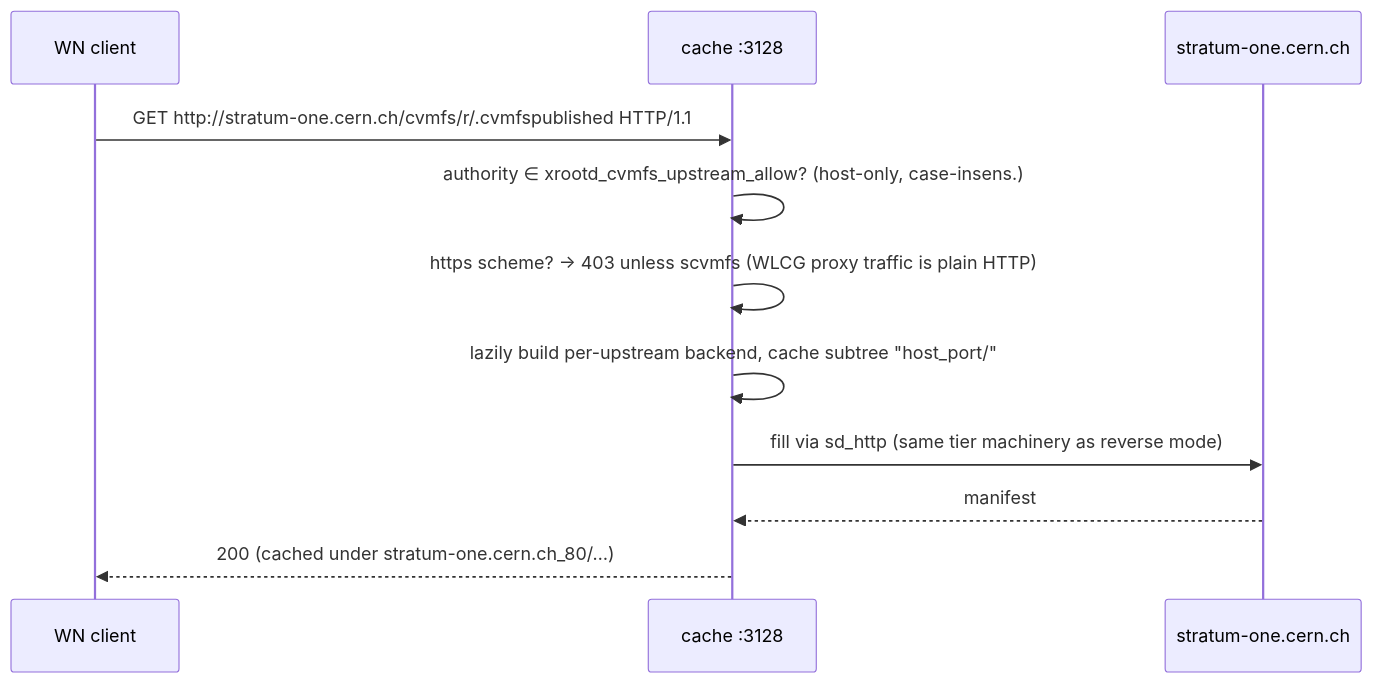
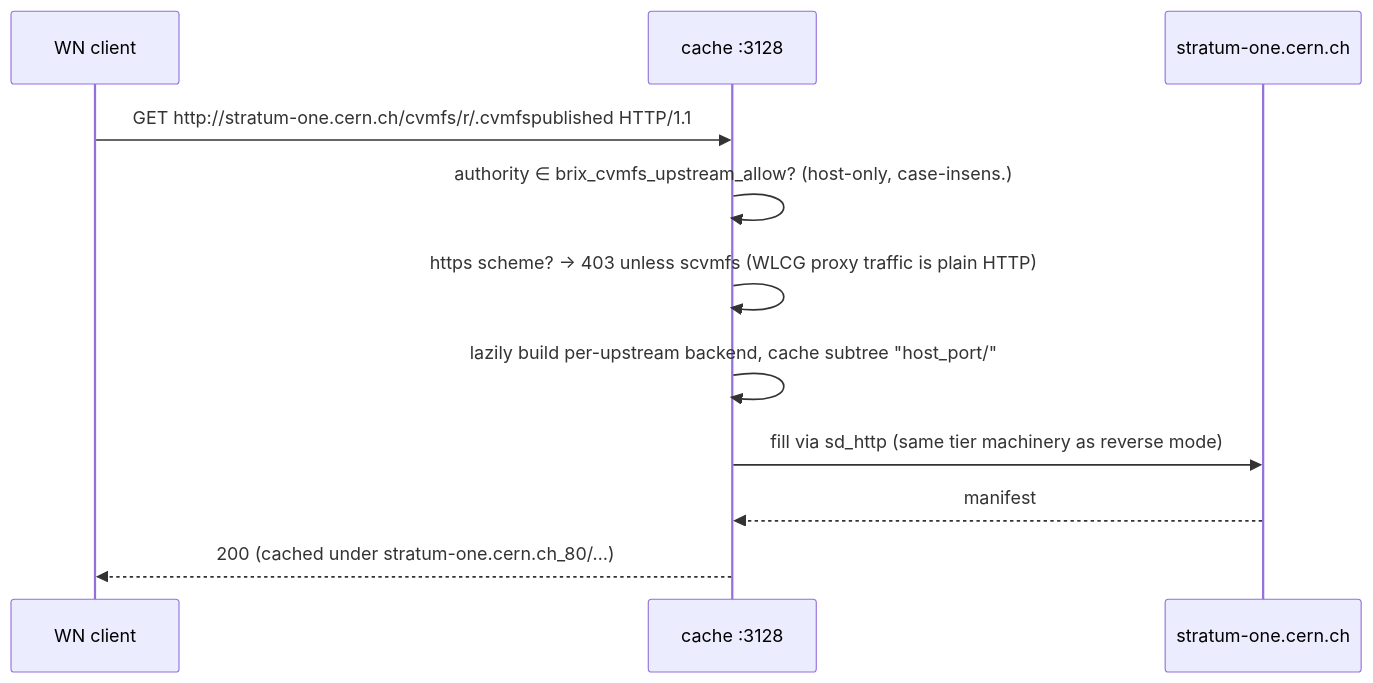
Before and after one commit to rob-c/brix-cache: the third of 3 diagrams in docs/04-protocols/cvmfs.md, drawn with Mermaid. The commit also changed other lines of this file and 175 other files, not shown here.

First line of the commit message:
docs(rebrand): rename own-namespace refs xrootd_->brix_ in living docs + routes /xrootd->/brix

````diff
--- a/docs/04-protocols/cvmfs.md
+++ b/docs/04-protocols/cvmfs.md
@@ -169,14 +169,14 @@
 ```mermaid
 sequenceDiagram
     participant C as WN client
     participant N as cache :3128
     participant S1 as stratum-one.cern.ch
 
     C->>N: GET http://stratum-one.cern.ch/cvmfs/r/.cvmfspublished HTTP/1.1
-    N->>N: authority ∈ xrootd_cvmfs_upstream_allow? (host-only, case-insens.)
+    N->>N: authority ∈ brix_cvmfs_upstream_allow? (host-only, case-insens.)
     N->>N: https scheme? → 403 unless scvmfs (WLCG proxy traffic is plain HTTP)
     N->>N: lazily build per-upstream backend, cache subtree "host_port/"
     N->>S1: fill via sd_http (same tier machinery as reverse mode)
     S1-->>N: manifest
     N-->>C: 200 (cached under stratum-one.cern.ch_80/…)
 ```
````
